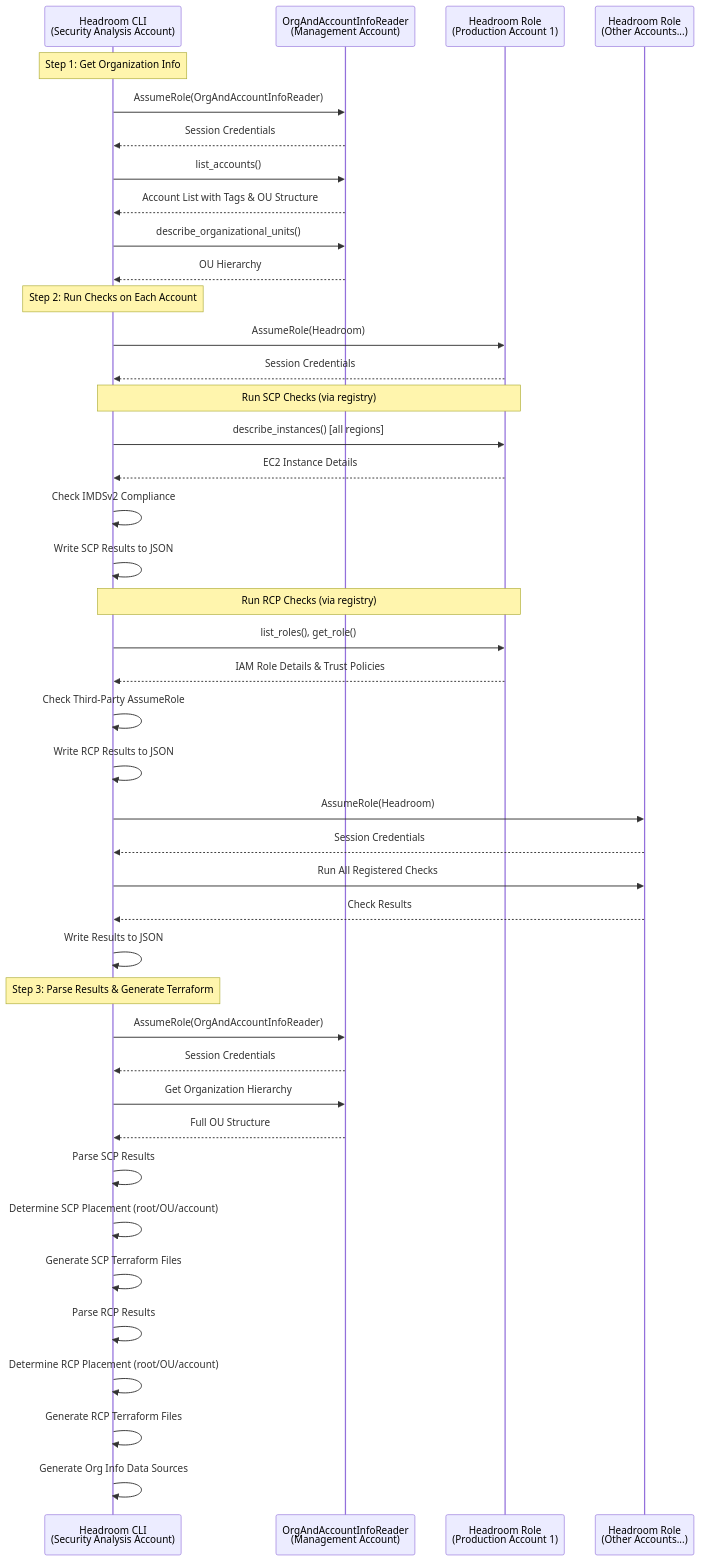
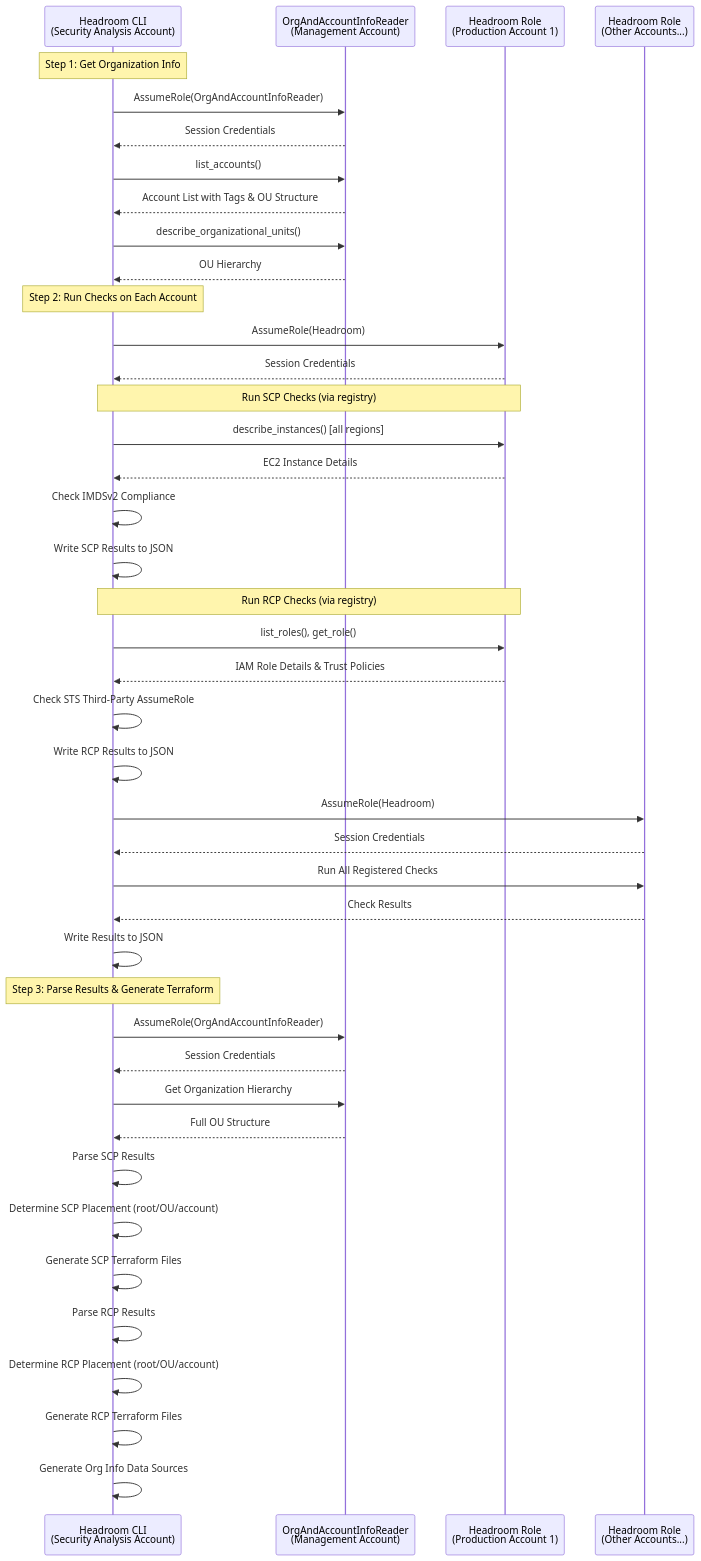
The diagram in documentation/mermaid_diagrams/execution_flow.md (discocrayon/Headroom), drawn with Mermaid before and after one commit. The commit also changed 6 other files, not shown here.

First line of the commit message:
Rename Third-Party AssumeRole to STS Third-Party AssumeRole

````diff
--- a/documentation/mermaid_diagrams/execution_flow.md
+++ b/documentation/mermaid_diagrams/execution_flow.md
@@ -5,53 +5,53 @@
 ```mermaid
 sequenceDiagram
     participant Tool as Headroom CLI<br/>(Security Analysis Account)
     participant Mgmt as OrgAndAccountInfoReader<br/>(Management Account)
     participant Prod1 as Headroom Role<br/>(Production Account 1)
     participant ProdN as Headroom Role<br/>(Other Accounts...)
 
     Note over Tool: Step 1: Get Organization Info
     Tool->>Mgmt: AssumeRole(OrgAndAccountInfoReader)
     Mgmt-->>Tool: Session Credentials
     Tool->>Mgmt: list_accounts()
     Mgmt-->>Tool: Account List with Tags & OU Structure
     Tool->>Mgmt: describe_organizational_units()
     Mgmt-->>Tool: OU Hierarchy
 
     Note over Tool: Step 2: Run Checks on Each Account
     Tool->>Prod1: AssumeRole(Headroom)
     Prod1-->>Tool: Session Credentials
 
     Note over Tool,Prod1: Run SCP Checks (via registry)
     Tool->>Prod1: describe_instances() [all regions]
     Prod1-->>Tool: EC2 Instance Details
     Tool->>Tool: Check IMDSv2 Compliance
     Tool->>Tool: Write SCP Results to JSON
 
     Note over Tool,Prod1: Run RCP Checks (via registry)
     Tool->>Prod1: list_roles(), get_role()
     Prod1-->>Tool: IAM Role Details & Trust Policies
-    Tool->>Tool: Check Third-Party AssumeRole
+    Tool->>Tool: Check STS Third-Party AssumeRole
     Tool->>Tool: Write RCP Results to JSON
 
     Tool->>ProdN: AssumeRole(Headroom)
     ProdN-->>Tool: Session Credentials
     Tool->>ProdN: Run All Registered Checks
     ProdN-->>Tool: Check Results
     Tool->>Tool: Write Results to JSON
 
     Note over Tool: Step 3: Parse Results & Generate Terraform
     Tool->>Mgmt: AssumeRole(OrgAndAccountInfoReader)
     Mgmt-->>Tool: Session Credentials
     Tool->>Mgmt: Get Organization Hierarchy
     Mgmt-->>Tool: Full OU Structure
 
     Tool->>Tool: Parse SCP Results
     Tool->>Tool: Determine SCP Placement (root/OU/account)
     Tool->>Tool: Generate SCP Terraform Files
 
     Tool->>Tool: Parse RCP Results
     Tool->>Tool: Determine RCP Placement (root/OU/account)
     Tool->>Tool: Generate RCP Terraform Files
 
     Tool->>Tool: Generate Org Info Data Sources
 ```
````
